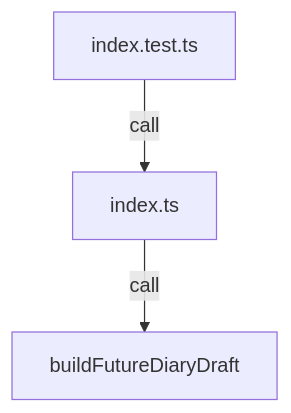
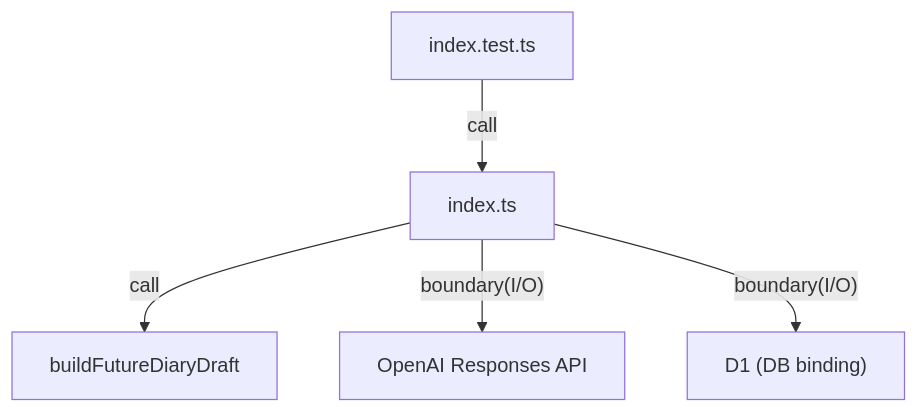
One commit to YotaroMatsui/future_diary changed the diagram in apps/api/src/README.md. Above: the diagram before and after it, drawn with Mermaid. The commit also changed other lines of this file and 16 other files, not shown here.

````diff
--- a/apps/api/src/README.md
+++ b/apps/api/src/README.md
@@ -152,5 +157,7 @@
 ```mermaid
 flowchart TD
   IDX["index.ts"] -->|"call"| CORE["buildFutureDiaryDraft"]
+  IDX -->|"boundary(I/O)"| OA["OpenAI Responses API"]
+  IDX -->|"boundary(I/O)"| D1["D1 (DB binding)"]
   T["index.test.ts"] -->|"call"| IDX
 ```
````
